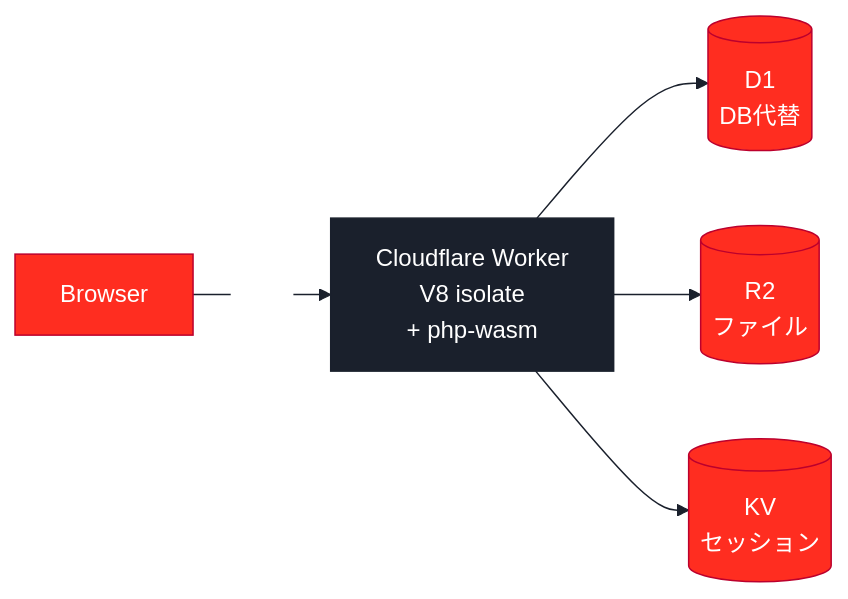
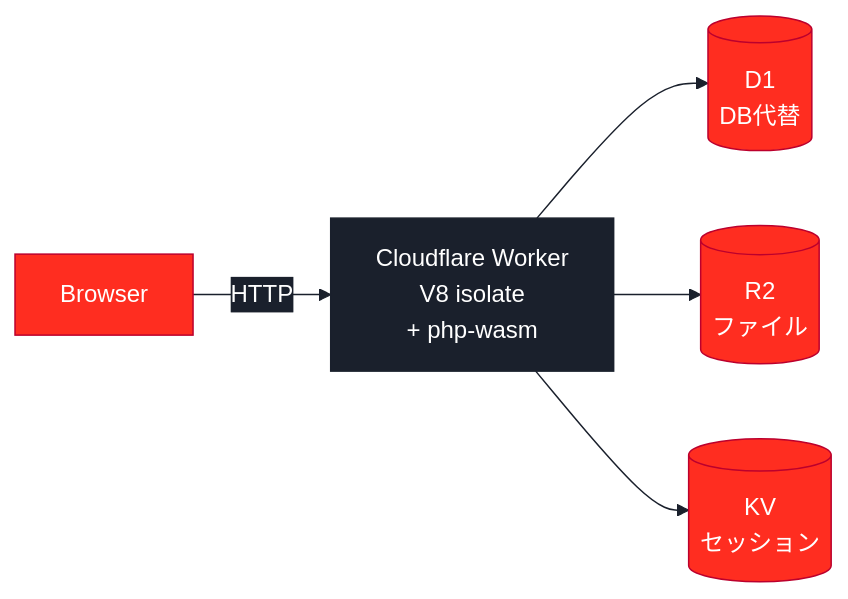
One commit to SuguruOoki/cloudflare-php-demo changed the diagram in slides/diagrams/wasm-arch.mmd. Above: the diagram before and after it, drawn with Mermaid. The commit also changed 9 other files, not shown here.

First line of the commit message:
fix(slides): edge labels now readable - swap edgeLabelBackground white->dark

```diff
--- a/slides/diagrams/wasm-arch.mmd
+++ b/slides/diagrams/wasm-arch.mmd
@@ -1,11 +1,11 @@
-%%{init: {'theme':'base','themeVariables':{'primaryColor':'#FF2D20','primaryTextColor':'#fff','primaryBorderColor':'#BC002D','lineColor':'#1A202C','secondaryColor':'#1A202C','tertiaryColor':'#fff','edgeLabelBackground':'#fff','fontFamily':'Hiragino Kaku Gothic ProN, Meiryo, sans-serif'}}}%%
+%%{init: {'theme':'base','themeVariables':{'primaryColor':'#FF2D20','primaryTextColor':'#fff','primaryBorderColor':'#BC002D','lineColor':'#1A202C','secondaryColor':'#1A202C','tertiaryColor':'#fff','edgeLabelBackground':'#1A202C','fontFamily':'Hiragino Kaku Gothic ProN, Meiryo, sans-serif'}}}%%
 flowchart LR
     B[Browser] -->|HTTP| W["Cloudflare Worker<br/>V8 isolate<br/>+ php-wasm"]
     W --> D1[("D1<br/>DB代替")]
     W --> R2[("R2<br/>ファイル")]
     W --> KV[("KV<br/>セッション")]
 
     classDef edge fill:#1A202C,stroke:#1A202C,color:#fff
     classDef store fill:#FF2D20,stroke:#BC002D,color:#fff
     class W edge
     class D1,R2,KV store
```
